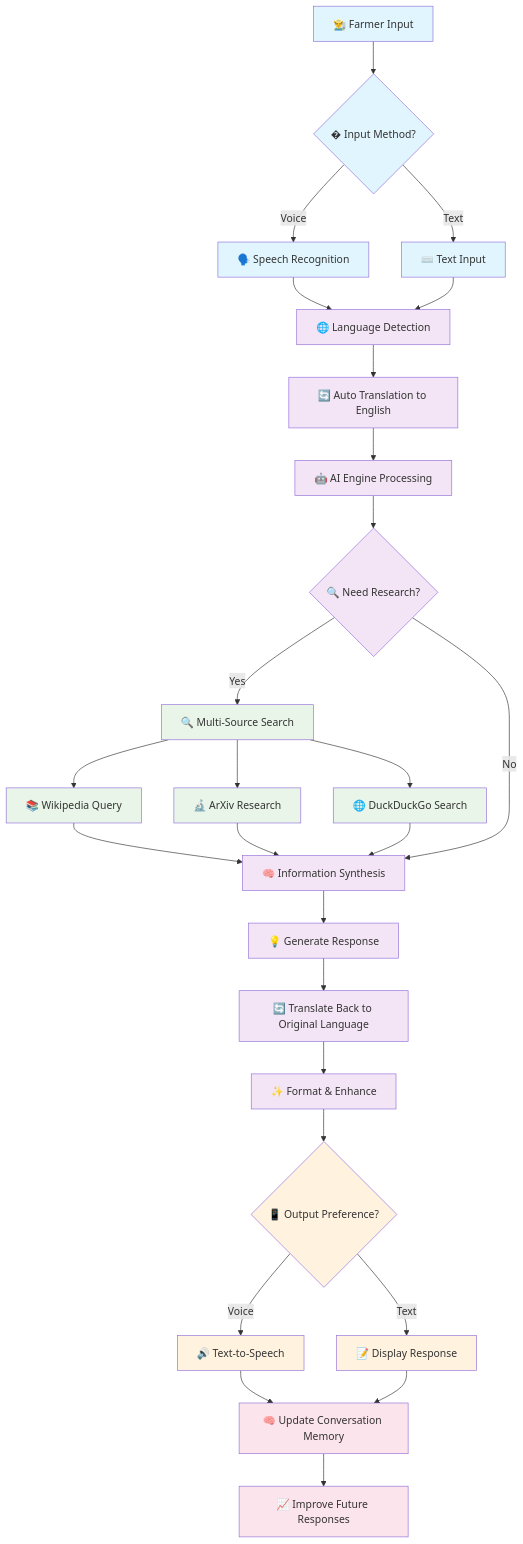
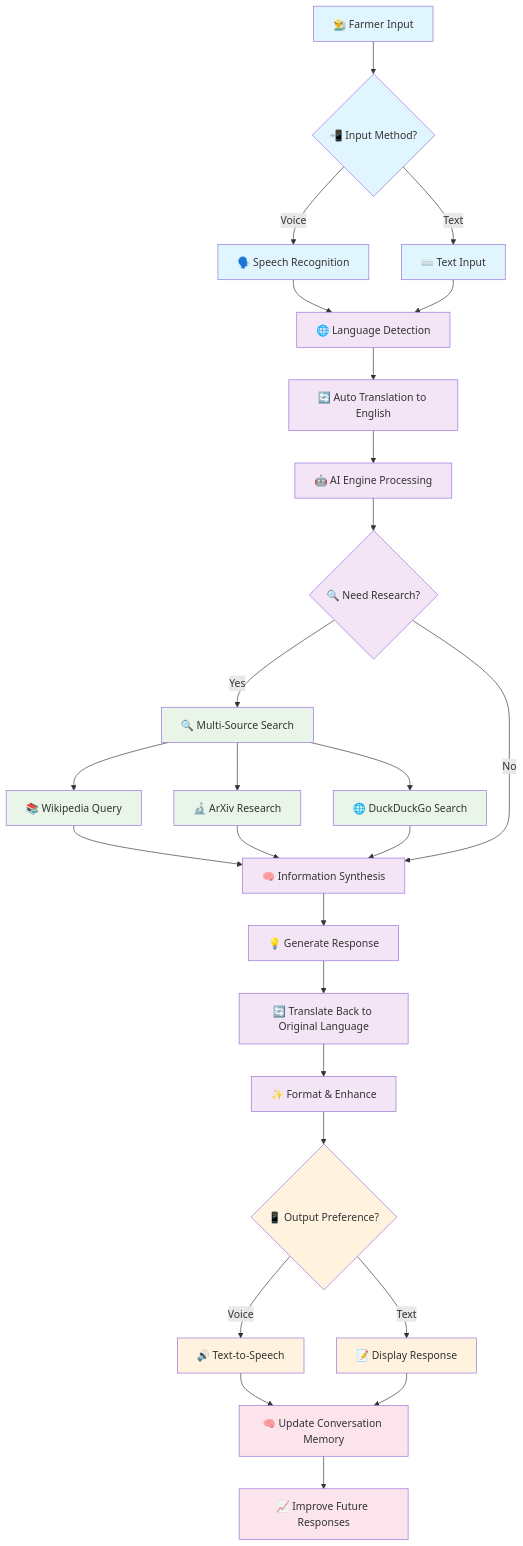
One commit to Rafi-uzzaman/RootSource changed the first of 4 diagrams in README.md. Above: the diagram before and after it, drawn with Mermaid. The commit also changed other lines of this file, not shown here.

````diff
--- a/README.md
+++ b/README.md
@@ -45,57 +45,57 @@
 ```mermaid
 graph TD
-    A[👨‍🌾 Farmer Input] --> B{�️ Input Method?}
+    A[👨‍🌾 Farmer Input] --> B{📲 Input Method?}
     
     %% Input Methods
     B -->|Voice| C[🗣️ Speech Recognition]
     B -->|Text| D[⌨️ Text Input]
     
     %% Language Processing
     C --> E[🌐 Language Detection]
     D --> E
     E --> F[🔄 Auto Translation to English]
     
     %% AI Processing
     F --> G[🤖 AI Engine Processing]
     G --> H{🔍 Need Research?}
     
     %% Research Branch
     H -->|Yes| I[🔍 Multi-Source Search]
     I --> J[📚 Wikipedia Query]
     I --> K[🔬 ArXiv Research]
     I --> L[🌐 DuckDuckGo Search]
     
     %% Data Integration
     J --> M[🧠 Information Synthesis]
     K --> M
     L --> M
     H -->|No| M
     
     %% Response Generation
     M --> N[💡 Generate Response]
     N --> O[🔄 Translate Back to Original Language]
     O --> P[✨ Format & Enhance]
     
     %% Output Methods
     P --> Q{📱 Output Preference?}
     Q -->|Voice| R[🔊 Text-to-Speech]
     Q -->|Text| S[📝 Display Response]
     
     %% Memory & Learning
     R --> T[🧠 Update Conversation Memory]
     S --> T
     T --> U[📈 Improve Future Responses]
     
     %% Styling for better visualization
     classDef userInput fill:#e1f5fe
     classDef processing fill:#f3e5f5
     classDef research fill:#e8f5e8
     classDef output fill:#fff3e0
     classDef memory fill:#fce4ec
     
     class A,B,C,D userInput
     class E,F,G,H,M,N,O,P processing
     class I,J,K,L research
     class Q,R,S output
     class T,U memory
 ```
````
